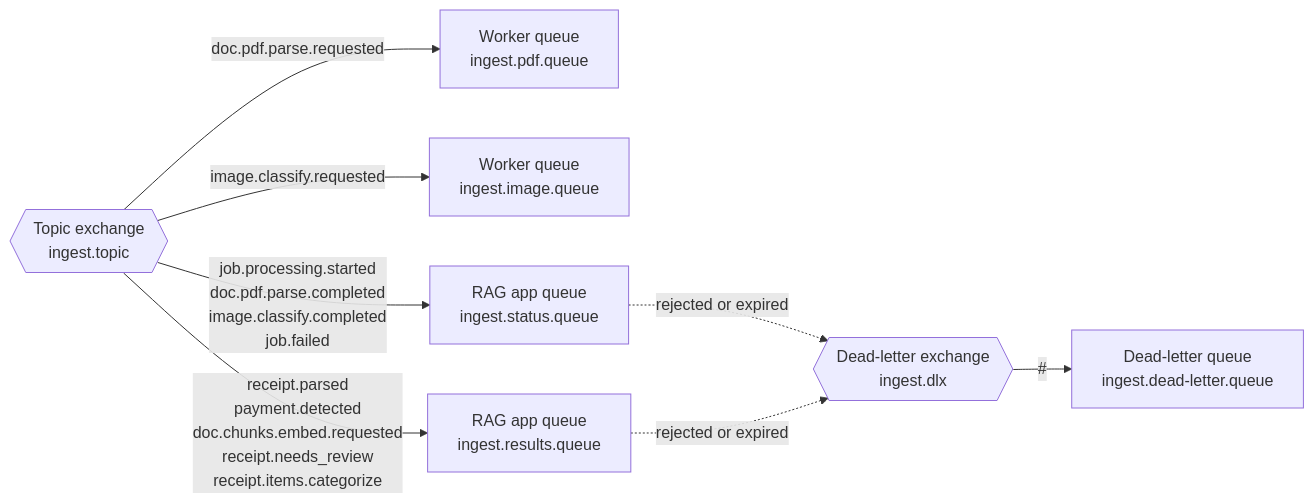
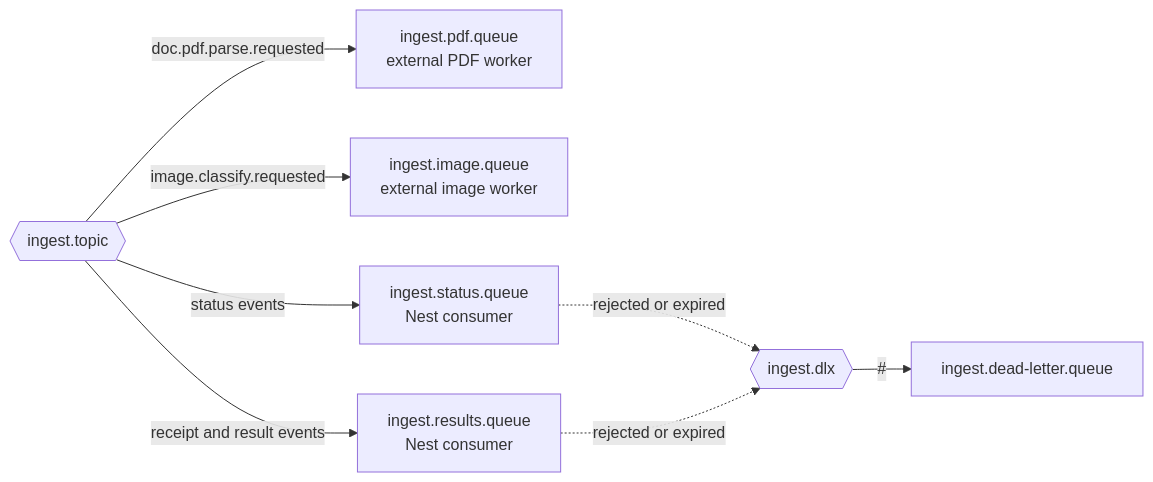
One commit to dunglucbac/rag-chatbot changed the diagram in docs/architecture.md. Above: the diagram before and after it, drawn with Mermaid. The commit also changed other lines of this file, not shown here.

Commit message:
feat(docs): update architecture documentation to clarify application structure and module functionality

````diff
--- a/docs/architecture.md
+++ b/docs/architecture.md
@@ -107,21 +207,18 @@
 ```mermaid
 flowchart LR
-    EX{{Topic exchange<br/>ingest.topic}}
-
-    PDF[Worker queue<br/>ingest.pdf.queue]
-    IMAGE[Worker queue<br/>ingest.image.queue]
-    STATUS[RAG app queue<br/>ingest.status.queue]
-    RESULTS[RAG app queue<br/>ingest.results.queue]
-
-    DLX{{Dead-letter exchange<br/>ingest.dlx}}
-    DLQ[Dead-letter queue<br/>ingest.dead-letter.queue]
+    EX{{ingest.topic}}
+    PDF[ingest.pdf.queue<br/>external PDF worker]
+    IMAGE[ingest.image.queue<br/>external image worker]
+    STATUS[ingest.status.queue<br/>Nest consumer]
+    RESULTS[ingest.results.queue<br/>Nest consumer]
+    DLX{{ingest.dlx}}
+    DLQ[ingest.dead-letter.queue]
 
     EX -->|doc.pdf.parse.requested| PDF
     EX -->|image.classify.requested| IMAGE
-    EX -->|job.processing.started<br/>doc.pdf.parse.completed<br/>image.classify.completed<br/>job.failed| STATUS
-    EX -->|receipt.parsed<br/>payment.detected<br/>doc.chunks.embed.requested<br/>receipt.needs_review<br/>receipt.items.categorize| RESULTS
-
+    EX -->|status events| STATUS
+    EX -->|receipt and result events| RESULTS
     STATUS -. rejected or expired .-> DLX
     RESULTS -. rejected or expired .-> DLX
     DLX -->|#| DLQ
 ```
````
